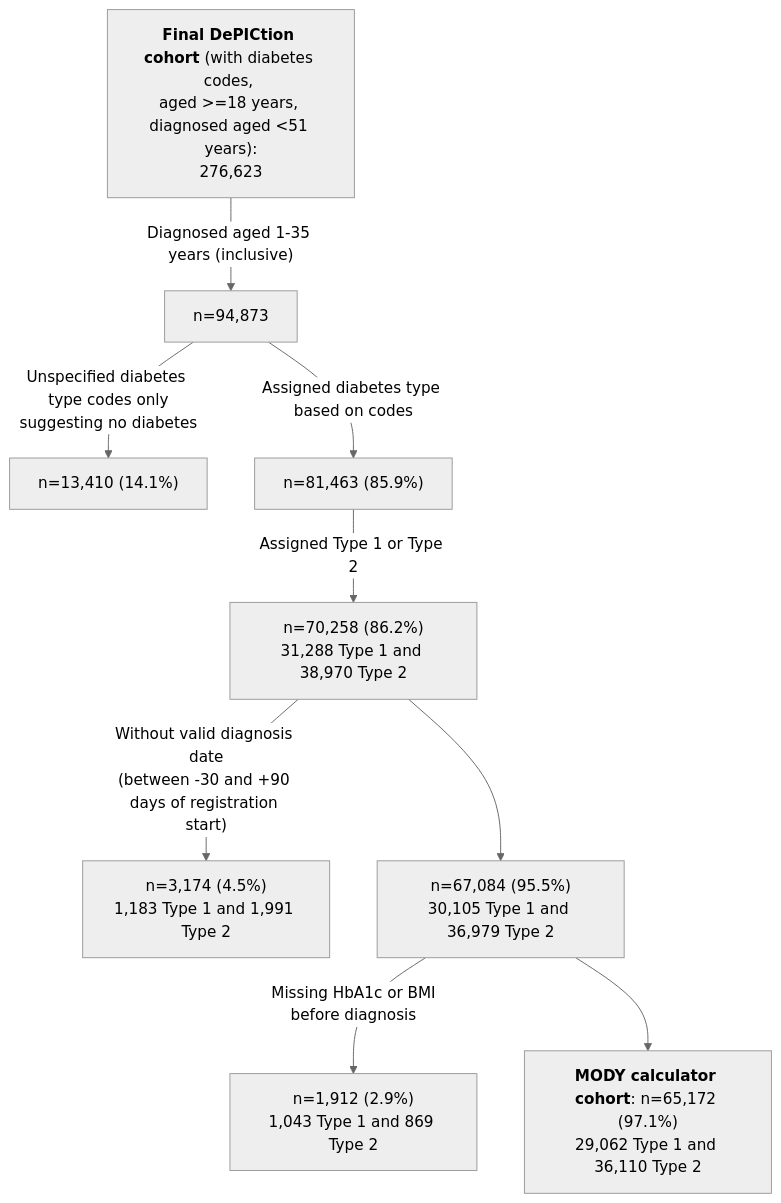
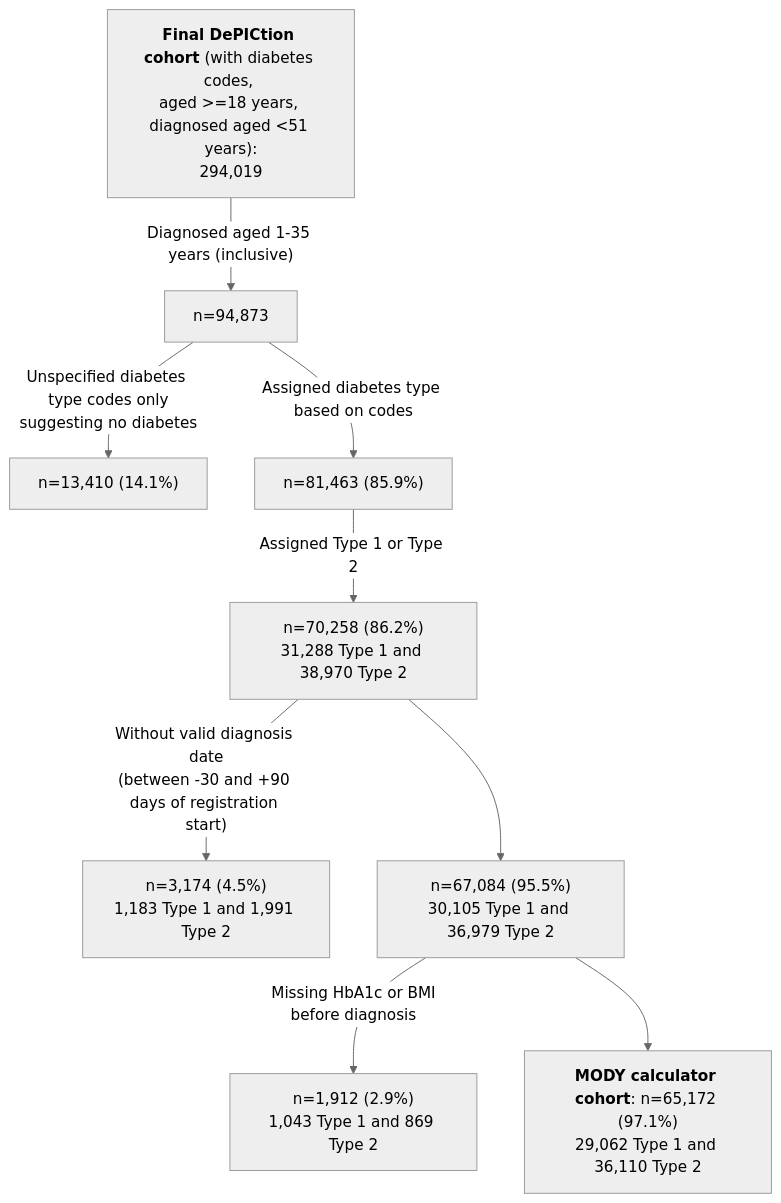
One commit to Exeter-Diabetes/CPRD-Katie-DePICtion-Scripts changed the fourth of 5 diagrams in README.md. Above: the diagram before and after it, drawn with Mermaid (neutral theme).

````diff
--- a/README.md
+++ b/README.md
@@ -123,11 +123,11 @@
 ```mermaid
 graph TD;
-    A["<b>Final DePICtion cohort</b> (with diabetes codes, <br>aged >=18 years, diagnosed aged <51 years):<br>276,623"] --> |"Diagnosed aged 1-35 years (inclusive)"| B["n=94,873"]
+    A["<b>Final DePICtion cohort</b> (with diabetes codes, <br>aged >=18 years, diagnosed aged <51 years):<br>294,019"] --> |"Diagnosed aged 1-35 years (inclusive)"| B["n=94,873"]
     B --> |"Unspecified diabetes type codes only<br>suggesting no diabetes"| C["n=13,410 (14.1%)"]
     B --> |"Assigned diabetes type based on codes"| D["n=81,463 (85.9%)"]
     D --> |"Assigned Type 1 or Type 2"| E["n=70,258 (86.2%)<br>31,288 Type 1 and 38,970 Type 2"]
     E --> |"Without valid diagnosis date<br>(between -30 and +90 days of registration start)"| F["n=3,174 (4.5%)<br>1,183 Type 1 and 1,991 Type 2"]
     E --> G["n=67,084 (95.5%)<br>30,105 Type 1 and 36,979 Type 2"]
     G --> |"Missing HbA1c or BMI<br>before diagnosis"|H["n=1,912 (2.9%)<br>1,043 Type 1 and 869 Type 2"]
     G --> I["<b>MODY calculator cohort</b>: n=65,172 (97.1%)<br>29,062 Type 1 and 36,110 Type 2"]
 ```
````
